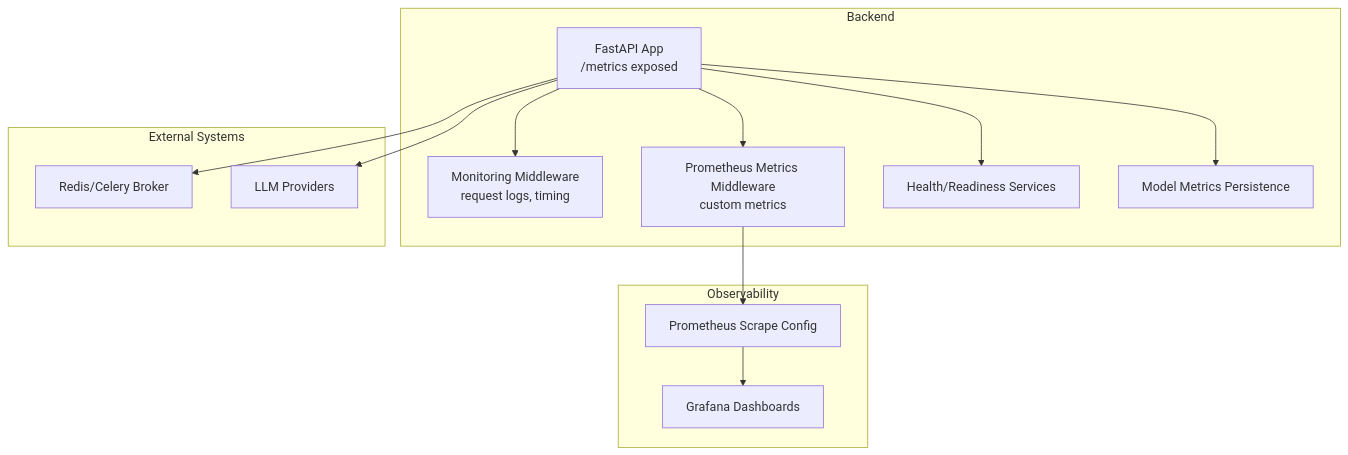
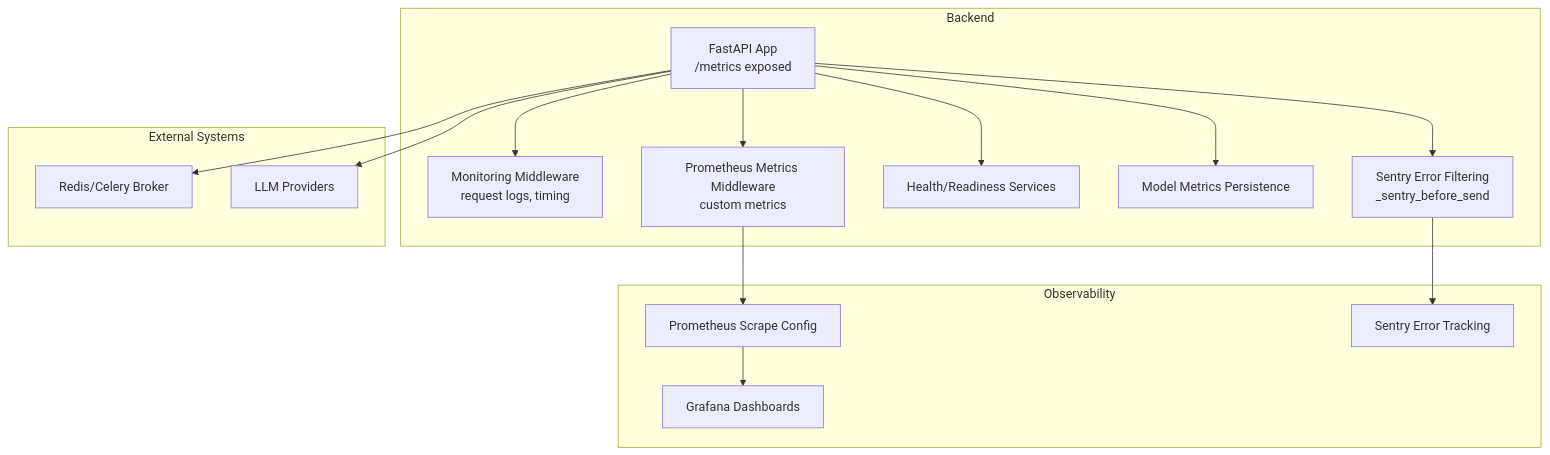
One commit to rohitkumarnaidu/-Auto-AI-Automated-Academic-Docx-Manuscript-Formatter changed the first of 9 diagrams in .qoder/repowiki/en/content/Backend Development/Monitoring & Metrics.md. Above: the diagram before and after it, drawn with Mermaid. The commit also changed other lines of this file and 4 other files, not shown here.

````diff
--- a/.qoder/repowiki/en/content/Backend Development/Monitoring & Metrics.md
+++ b/.qoder/repowiki/en/content/Backend Development/Monitoring & Metrics.md
@@ -43,26 +54,30 @@
 ```mermaid
 graph TB
 subgraph "Backend"
 A["FastAPI App<br/>/metrics exposed"]
 B["Monitoring Middleware<br/>request logs, timing"]
 C["Prometheus Metrics Middleware<br/>custom metrics"]
 D["Health/Readiness Services"]
 E["Model Metrics Persistence"]
+F["Sentry Error Filtering<br/>_sentry_before_send"]
 end
 subgraph "Observability"
 P["Prometheus Scrape Config"]
 G["Grafana Dashboards"]
+S["Sentry Error Tracking"]
 end
 subgraph "External Systems"
 R["Redis/Celery Broker"]
 L["LLM Providers"]
 end
 A --> B
 A --> C
 A --> D
 A --> E
+A --> F
 C --> P
 P --> G
+F --> S
 A --> R
 A --> L
 ```
````
